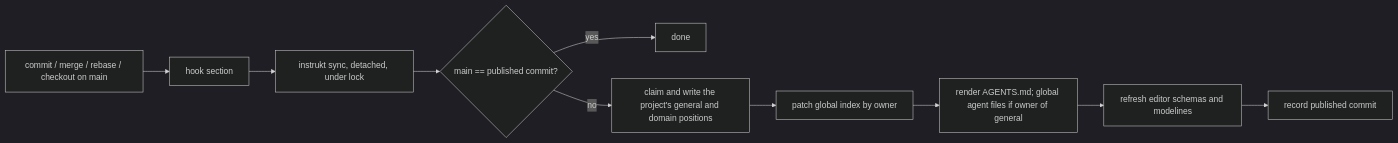
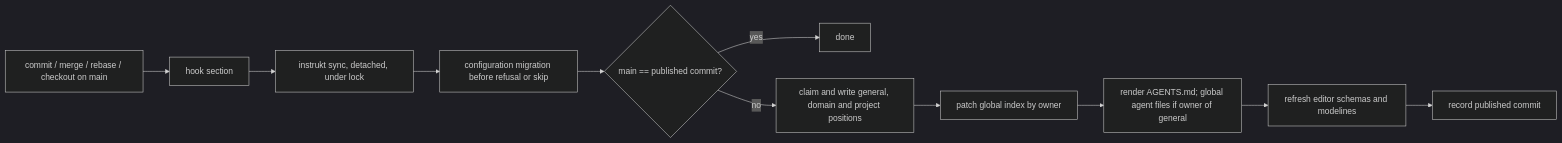
One commit to InstruktAI/instrukt changed the second of 4 diagrams in docs/project/design/architecture/overview.md. Above: the diagram before and after it, drawn with Mermaid (dark theme). The commit also changed other lines of this file and 78 other files, not shown here.

````diff
--- a/docs/project/design/architecture/overview.md
+++ b/docs/project/design/architecture/overview.md
@@ -179,12 +187,13 @@
 ```mermaid
 flowchart LR
   A[commit / merge / rebase / checkout on main] --> B[hook section]
   B --> C[instrukt sync, detached, under lock]
-  C --> D{main == published commit?}
+  C --> M[configuration migration before refusal or skip]
+  M --> D{main == published commit?}
   D -- yes --> E[done]
-  D -- no --> F[claim and write the project's general and domain positions]
+  D -- no --> F[claim and write general, domain and project positions]
   F --> G[patch global index by owner]
   G --> H[render AGENTS.md; global agent files if owner of general]
   H --> J[refresh editor schemas and modelines]
   J --> I[record published commit]
 ```
````
